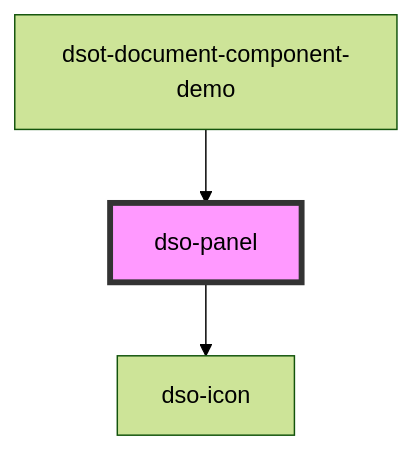
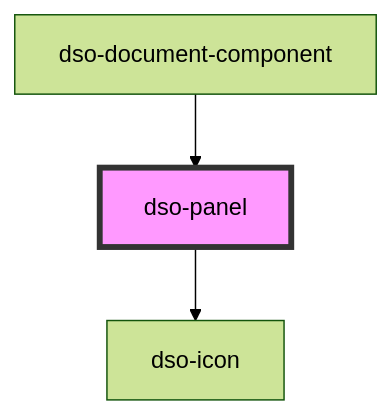
One commit to dso-toolkit/dso-toolkit changed the diagram in packages/core/src/components/panel/readme.md. Above: the diagram before and after it, drawn with Mermaid (forest theme). The commit also changed other lines of this file and 5 other files, not shown here.

Commit message:
#2765 dso-panel in document-component ipv slotted

````diff
--- a/packages/core/src/components/panel/readme.md
+++ b/packages/core/src/components/panel/readme.md
@@ -33,6 +33,6 @@
 ```mermaid
 graph TD;
   dso-panel --> dso-icon
-  dsot-document-component-demo --> dso-panel
+  dso-document-component --> dso-panel
   style dso-panel fill:#f9f,stroke:#333,stroke-width:4px
 ```
````
